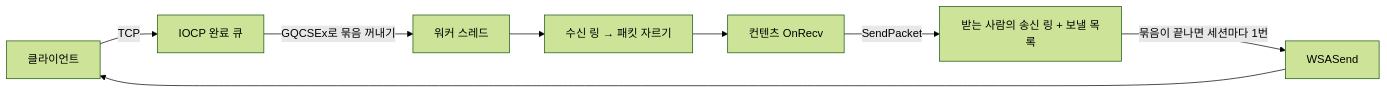
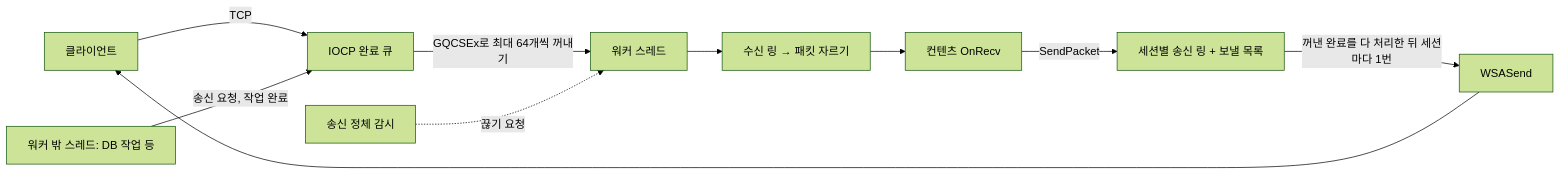
Before and after one commit to arkchimy/_Arkchimy: the diagram in README.md, drawn with Mermaid (forest theme). The commit also changed other lines of this file, not shown here.

````diff
--- a/README.md
+++ b/README.md
@@ -27,10 +11,12 @@
 ```mermaid
 flowchart LR
     C[클라이언트] -->|TCP| I[IOCP 완료 큐]
-    I -->|GQCSEx로 묶음 꺼내기| W[워커 스레드]
+    I -->|GQCSEx로 최대 64개씩 꺼내기| W[워커 스레드]
     W --> R[수신 링 → 패킷 자르기]
     R --> O[컨텐츠 OnRecv]
-    O -->|SendPacket| S[받는 사람의 송신 링 + 보낼 목록]
-    S -->|묶음이 끝나면 세션마다 1번| Q[WSASend]
+    O -->|SendPacket| S[세션별 송신 링 + 보낼 목록]
+    S -->|꺼낸 완료를 다 처리한 뒤 세션마다 1번| Q[WSASend]
     Q --> C
+    X[워커 밖 스레드: DB 작업 등] -->|송신 요청, 작업 완료| I
+    M[송신 정체 감시] -.->|끊기 요청| W
 ```
````
